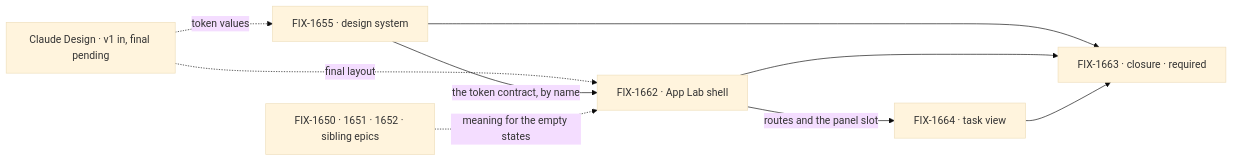
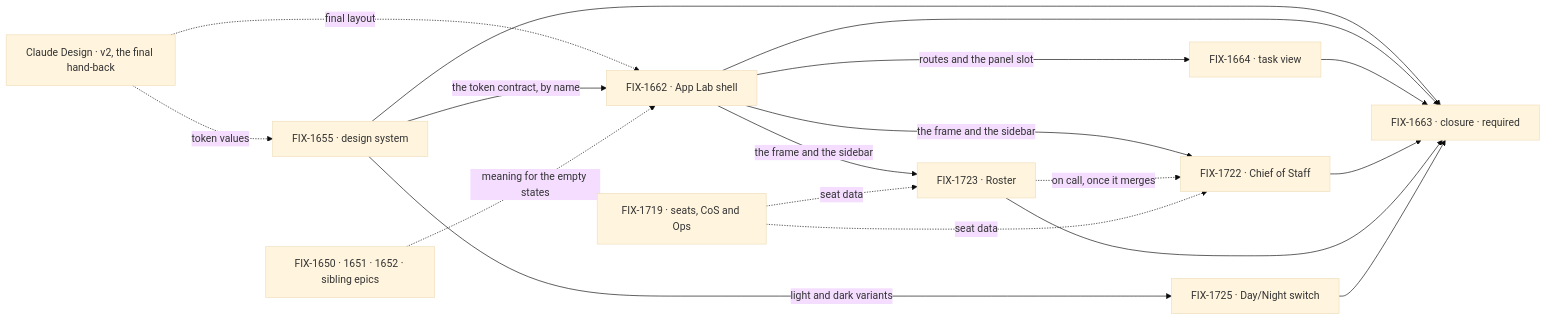
Before and after one commit to fixpoint-labs/flow-state-dev: the second of 2 diagrams in specs/epics/FIX-1649/SPEC.md, drawn with Mermaid (base theme). The commit also changed other lines of this file and 6 other files, not shown here.

First line of the commit message:
spec(epic): FIX-1649 amend for design v2, Chief of Staff, Roster and the Day/Night switch (ER-10)

````diff
--- a/specs/epics/FIX-1649/SPEC.md
+++ b/specs/epics/FIX-1649/SPEC.md
@@ -88,11 +99,20 @@
 ```mermaid
 flowchart LR
-  H["Claude Design · v1 in, final pending"] -.->|"token values"| A["FIX-1655 · design system"]
+  H["Claude Design · v2, the final hand-back"] -.->|"token values"| A["FIX-1655 · design system"]
   H -.->|"final layout"| B["FIX-1662 · App Lab shell"]
   A -->|"the token contract, by name"| B
   B -->|"routes and the panel slot"| C["FIX-1664 · task view"]
+  B -->|"the frame and the sidebar"| K["FIX-1722 · Chief of Staff"]
+  B -->|"the frame and the sidebar"| R["FIX-1723 · Roster"]
+  A -->|"light and dark variants"| W["FIX-1725 · Day/Night switch"]
+  R -.->|"on call, once it merges"| K
   A --> Z["FIX-1663 · closure · required"]
   B --> Z
   C --> Z
+  K --> Z
+  R --> Z
+  W --> Z
   S["FIX-1650 · 1651 · 1652 · sibling epics"] -.->|"meaning for the empty states"| B
+  F["FIX-1719 · seats, CoS and Ops"] -.->|"seat data"| K
+  F -.->|"seat data"| R
 ```
````
